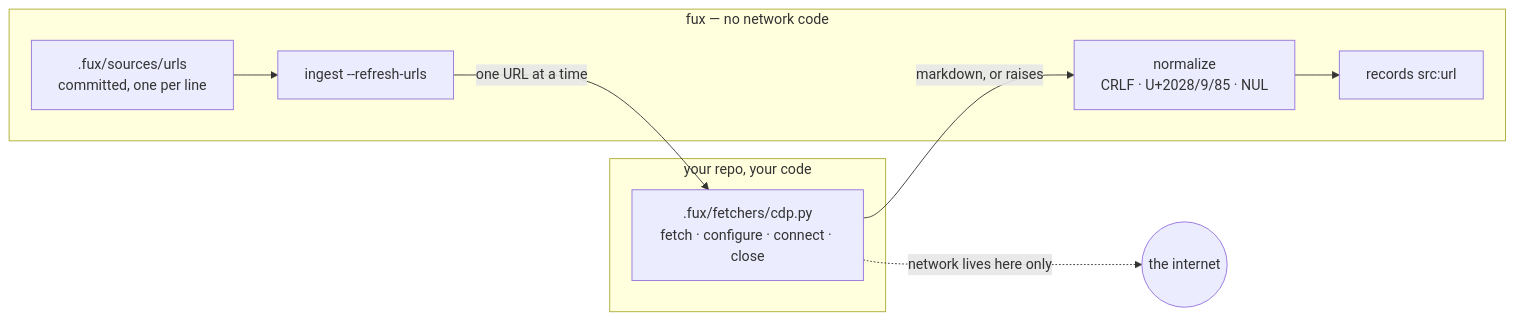
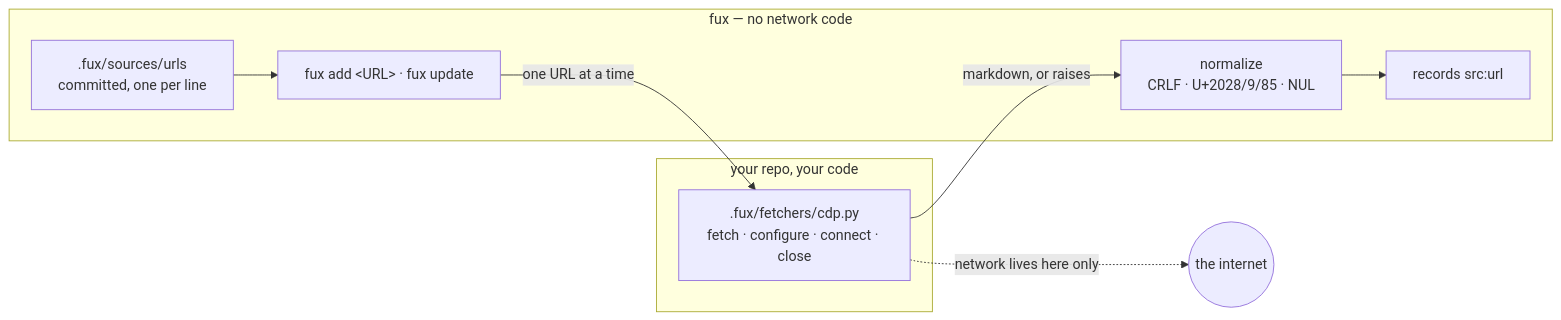
One commit to arpitarya/fux changed the diagram in docs/adr/0008_url-ingest.md. Above: the diagram before and after it, drawn with Mermaid. The commit also changed other lines of this file and 153 other files, not shown here.

````diff
--- a/docs/adr/0008_url-ingest.md
+++ b/docs/adr/0008_url-ingest.md
@@ -49,17 +49,17 @@
 ```mermaid
 flowchart LR
     subgraph fux ["fux — no network code"]
-        R["ingest --refresh-urls"]
+        R["fux add &lt;URL&gt; · fux update"]
         U[".fux/sources/urls<br/>committed, one per line"]
         N["normalize<br/>CRLF · U+2028/9/85 · NUL"]
         W["records src:url"]
     end
     subgraph yours ["your repo, your code"]
         M[".fux/fetchers/cdp.py<br/>fetch · configure · connect · close"]
     end
     U --> R
     R -->|"one URL at a time"| M
     M -->|"markdown, or raises"| N
     N --> W
     M -.->|"network lives here only"| NET(("the internet"))
 ```
````
